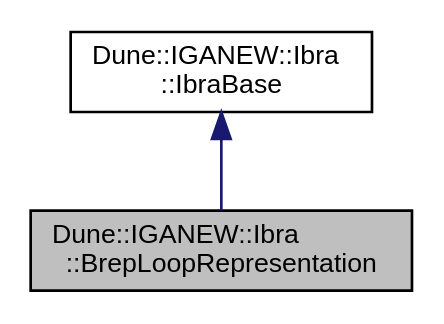
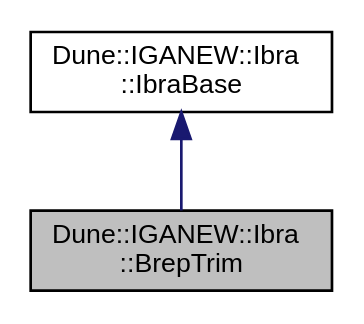
The diagram in d1/d1a/a01285.dot (rath3t/dune-iga-doc), drawn with Graphviz before and after one commit. The commit also changed 968 other files, not shown here.

```diff
--- a/d1/d1a/a01285.dot
+++ b/d1/d1a/a01285.dot
@@ -1,9 +1,9 @@
-digraph "Dune::IGANEW::Ibra::BrepLoopRepresentation"
+digraph "Dune::IGANEW::Ibra::BrepTrim"
 {
  // LATEX_PDF_SIZE
   edge [fontname="Helvetica",fontsize="10",labelfontname="Helvetica",labelfontsize="10"];
   node [fontname="Helvetica",fontsize="10",shape=record];
-  Node1 [label="Dune::IGANEW::Ibra\l::BrepLoopRepresentation",height=0.2,width=0.4,color="black", fillcolor="grey75", style="filled", fontcolor="black",tooltip=" "];
+  Node1 [label="Dune::IGANEW::Ibra\l::BrepTrim",height=0.2,width=0.4,color="black", fillcolor="grey75", style="filled", fontcolor="black",tooltip=" "];
   Node2 -> Node1 [dir="back",color="midnightblue",fontsize="10",style="solid",fontname="Helvetica"];
-  Node2 [label="Dune::IGANEW::Ibra\l::IbraBase",height=0.2,width=0.4,color="black", fillcolor="white", style="filled",URL="$da/d00/a01270.html",tooltip=" "];
+  Node2 [label="Dune::IGANEW::Ibra\l::IbraBase",height=0.2,width=0.4,color="black", fillcolor="white", style="filled",URL="$de/d33/a01274.html",tooltip=" "];
 }
```
